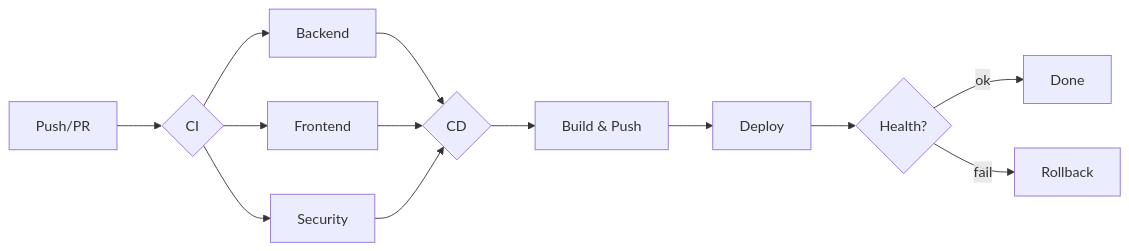
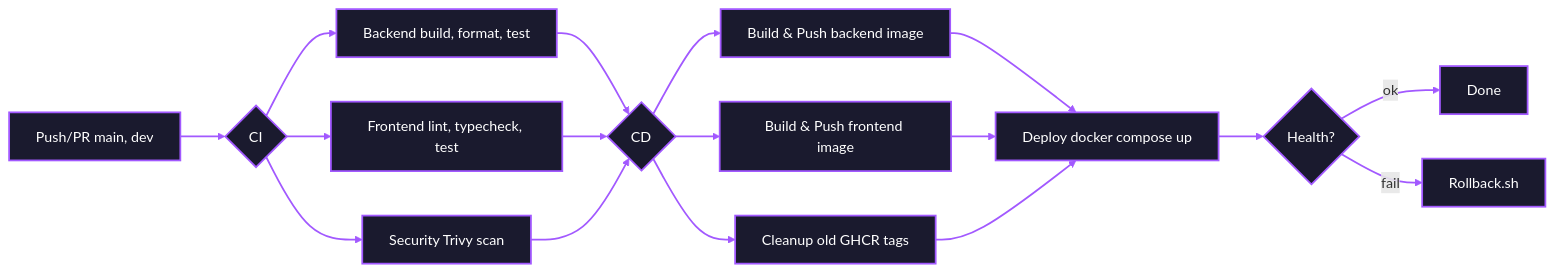
One commit to alanarzumanjan/SmartAnimalShelter changed the diagram in .github/Deployment.md. Above: the diagram before and after it, drawn with Mermaid. The commit also changed 5 other files, not shown here.

Commit message:
refactor: improve CI/CD flowchart and clean up code in various components

````diff
--- a/.github/Deployment.md
+++ b/.github/Deployment.md
@@ -3,13 +3,23 @@
 ```mermaid
 flowchart LR
-    A[Push/PR] --> B{CI}
-    B --> C[Backend]
-    B --> D[Frontend]
-    B --> E[Security]
+    classDef default stroke:#a259ff,stroke-width:2px,fill:#1a1a2e,color:#ffffff;
+    linkStyle default stroke:#a259ff,stroke-width:2px;
+
+    A[Push/PR main, dev] --> B{CI}
+    B --> C[Backend build, format, test]
+    B --> D[Frontend lint, typecheck, test]
+    B --> E[Security Trivy scan]
+    
     C & D & E --> F{CD}
-    F --> G[Build & Push]
-    G --> H[Deploy]
-    H --> I{Health?}
-    I -->|ok| J[Done]
-    I -->|fail| K[Rollback]
+    F --> G[Build & Push backend image]
+    F --> H[Build & Push frontend image]
+    F --> I[Cleanup old GHCR tags]
+
+    G --> J[Deploy docker compose up]
+    H --> J[Deploy docker compose up]
+    I --> J[Deploy docker compose up]
+    
+    J --> K{Health?}
+    K -->|ok| L[Done]
+    K -->|fail| M[Rollback.sh]
 ```
````
